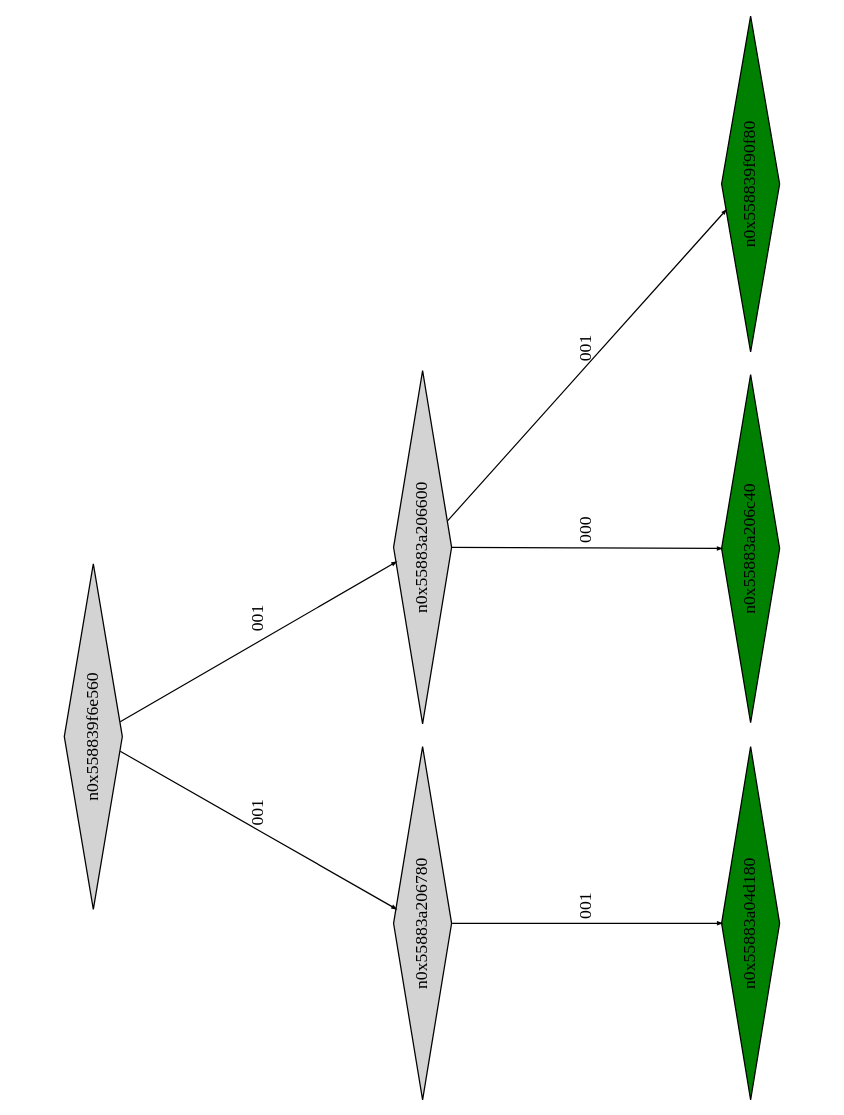
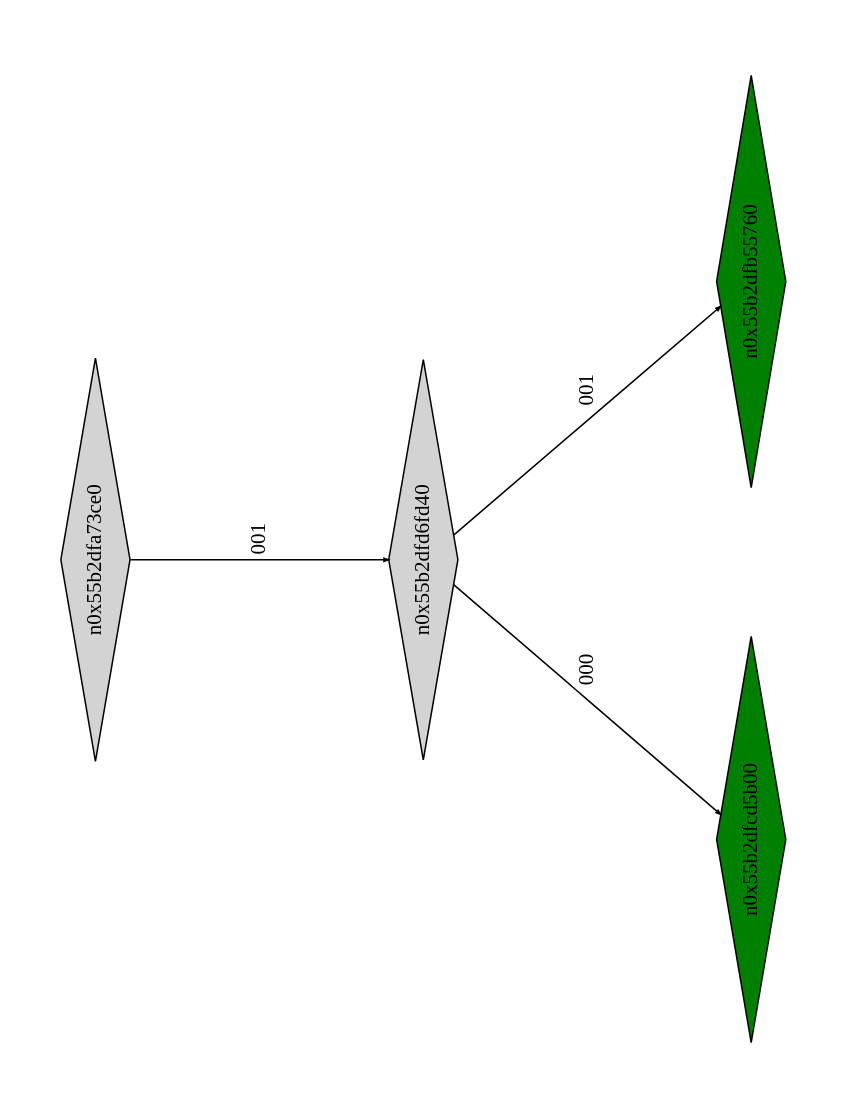
The diagram in example2_klee_out/ptree_00002165.dot (Research-Tools-PAVT/PSE-Program-Examples), drawn with Graphviz before and after one commit. The commit also changed 109 other files, not shown here.

```diff
--- a/example2_klee_out/ptree_00002165.dot
+++ b/example2_klee_out/ptree_00002165.dot
@@ -1,19 +1,15 @@
 digraph G {
 	size="10,7.5";
 	ratio=fill;
 	rotate=90;
 	center = "true";
 	node [style="filled",width=.1,height=.1,fontname="Terminus"]
 	edge [arrowsize=.3]
-	n0x558839f6e560 [shape=diamond];
-	n0x558839f6e560 -> n0x55883a206780 [label=001];
-	n0x558839f6e560 -> n0x55883a206600 [label=001];
-	n0x55883a206600 [shape=diamond];
-	n0x55883a206600 -> n0x55883a206c40 [label=000];
-	n0x55883a206600 -> n0x558839f90f80 [label=001];
-	n0x558839f90f80 [shape=diamond,fillcolor=green];
-	n0x55883a206c40 [shape=diamond,fillcolor=green];
-	n0x55883a206780 [shape=diamond];
-	n0x55883a206780 -> n0x55883a04d180 [label=001];
-	n0x55883a04d180 [shape=diamond,fillcolor=green];
+	n0x55b2dfa73ce0 [shape=diamond];
+	n0x55b2dfa73ce0 -> n0x55b2dfd6fd40 [label=001];
+	n0x55b2dfd6fd40 [shape=diamond];
+	n0x55b2dfd6fd40 -> n0x55b2dfcd5b00 [label=000];
+	n0x55b2dfd6fd40 -> n0x55b2dfb55760 [label=001];
+	n0x55b2dfb55760 [shape=diamond,fillcolor=green];
+	n0x55b2dfcd5b00 [shape=diamond,fillcolor=green];
 }
```
